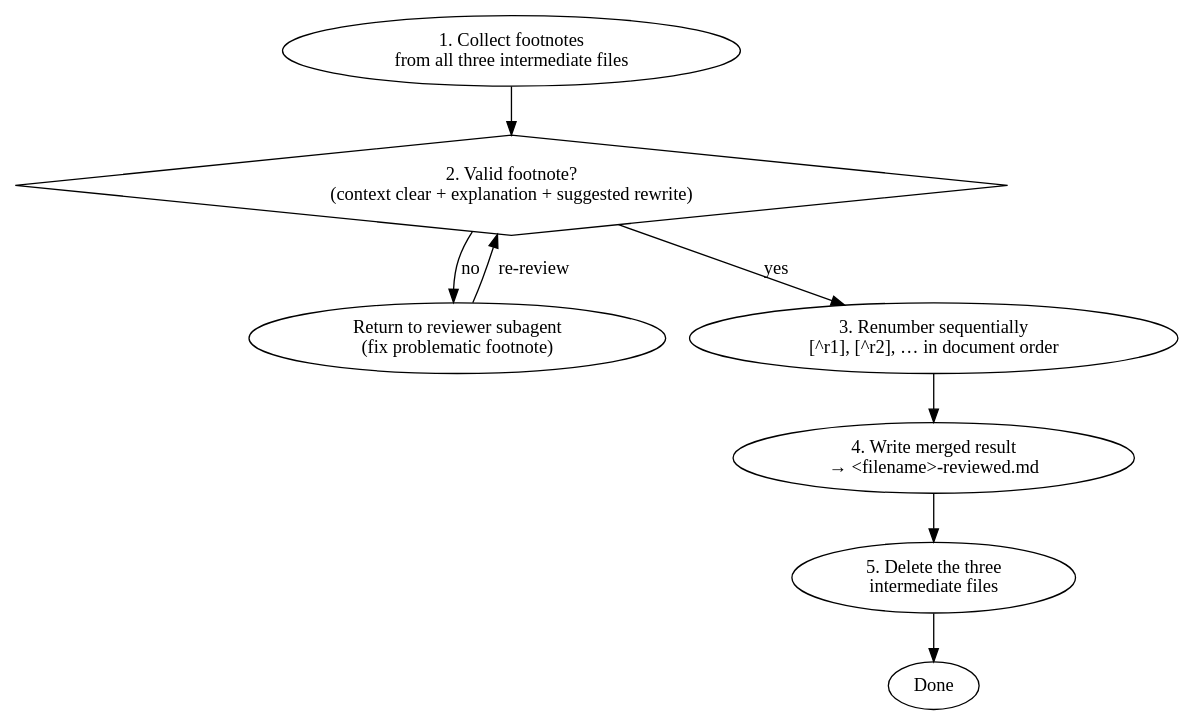
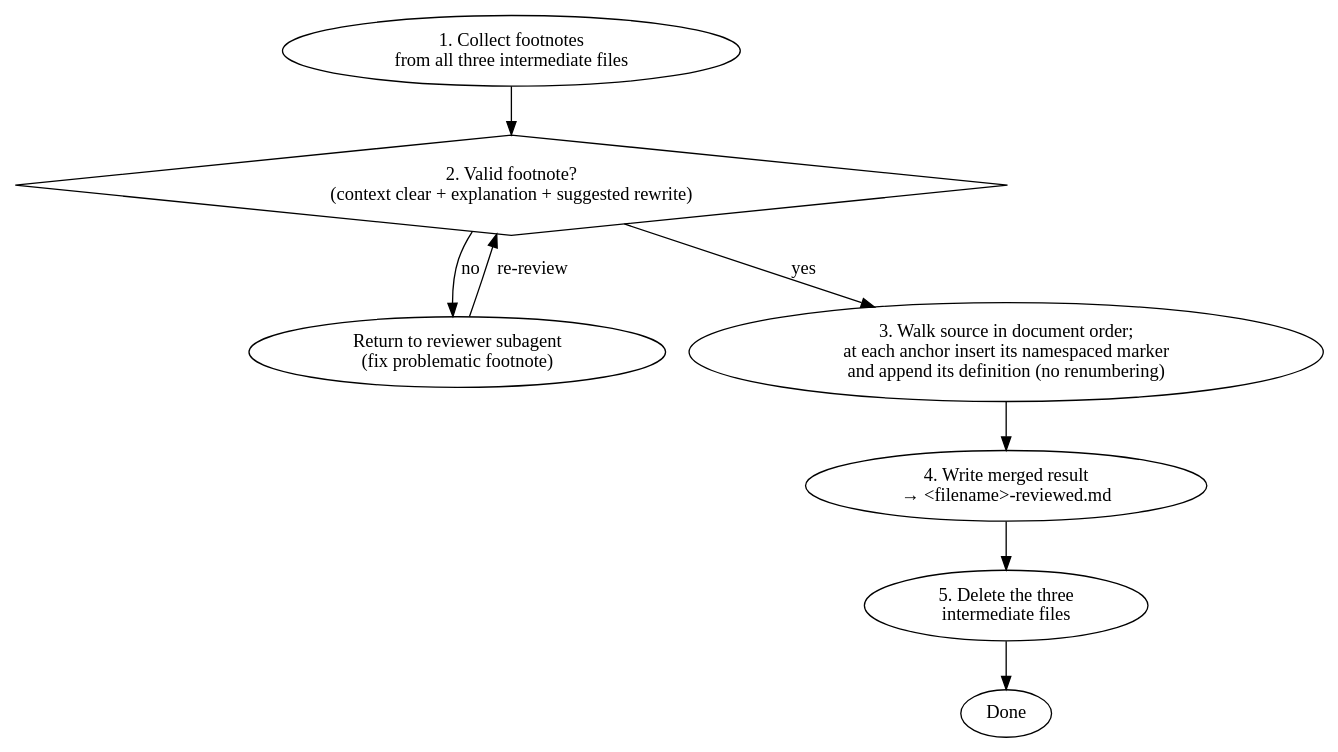
The second of 2 diagrams in skills/review-article/SKILL.md (simonsteiger/academic-claude), drawn with Graphviz before and after one commit. The commit also changed other lines of this file, not shown here.

First line of the commit message:
feat: merge by ordered insertion of namespaced footnotes, no renumbering

````diff
--- a/skills/review-article/SKILL.md
+++ b/skills/review-article/SKILL.md
@@ -76,19 +76,19 @@
 ```dot
 digraph footnote_merge {
     collect [label="1. Collect footnotes\nfrom all three intermediate files"]
     check   [label="2. Valid footnote?\n(context clear + explanation + suggested rewrite)", shape=diamond]
     return  [label="Return to reviewer subagent\n(fix problematic footnote)"]
-    renum   [label="3. Renumber sequentially\n[^r1], [^r2], … in document order"]
+    place   [label="3. Walk source in document order;\nat each anchor insert its namespaced marker\nand append its definition (no renumbering)"]
     write   [label="4. Write merged result\n→ <filename>-reviewed.md"]
     delete  [label="5. Delete the three\nintermediate files"]
     done    [label="Done"]
 
     collect -> check
-    check   -> renum  [label="yes"]
+    check   -> place  [label="yes"]
     check   -> return [label="no"]
     return  -> check  [label="re-review"]
-    renum   -> write
+    place   -> write
     write   -> delete
     delete  -> done
 }
 ```
````
